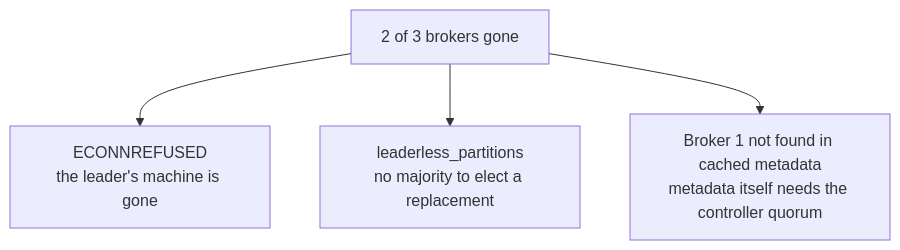
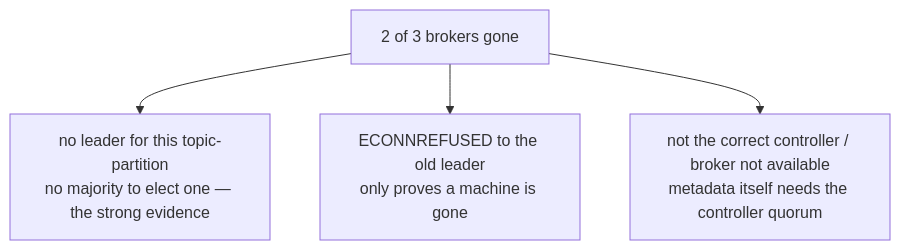
The second of 2 diagrams in services/ledger/scripts/drills/drill-quorum.md (talha-ah/ledgerrail), drawn with Mermaid before and after one commit. The commit also changed other lines of this file and 15 other files, not shown here.

````diff
--- a/services/ledger/scripts/drills/drill-quorum.md
+++ b/services/ledger/scripts/drills/drill-quorum.md
@@ -38,6 +38,6 @@
 ```mermaid
 flowchart TB
-    Q["2 of 3 brokers gone"] --> S1["ECONNREFUSED<br/>the leader's machine is gone"]
-    Q --> S2["leaderless_partitions<br/>no majority to elect a replacement"]
-    Q --> S3["Broker 1 not found in cached metadata<br/>metadata itself needs the controller quorum"]
+    Q["2 of 3 brokers gone"] --> S1["no leader for this topic-partition<br/>no majority to elect one — the strong evidence"]
+    Q --> S2["ECONNREFUSED to the old leader<br/>only proves a machine is gone"]
+    Q --> S3["not the correct controller / broker not available<br/>metadata itself needs the controller quorum"]
 ```
````
